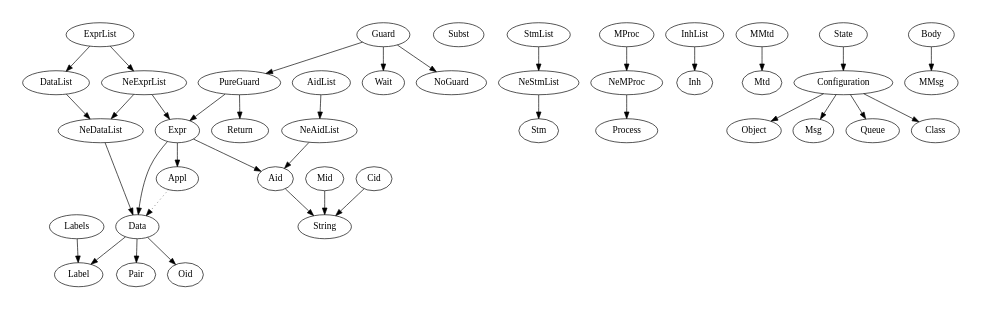
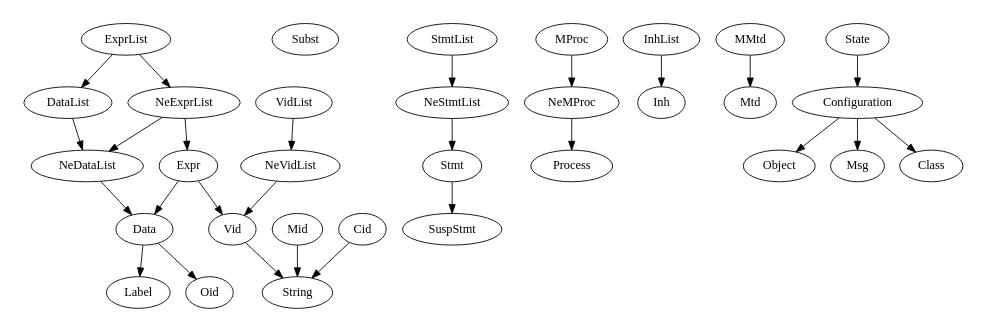
One commit to agriesma/creol_logging changed the diagram in info/sorts.dot. Above: the diagram before and after it, drawn with Graphviz.

Commit message:
Synchronise the sort hierarchy with the actual implementation; many sorts have been removed.

```diff
--- a/info/sorts.dot
+++ b/info/sorts.dot
@@ -1,34 +1,22 @@
 digraph Sorts {
   size="5,8"
   Expr -> Data -> Oid ;
-  Expr -> Appl ;
-  Appl -> Data [style=dotted] ; /* for pre-regularity */
-  Expr -> Aid -> String ;
+  Expr -> Vid -> String ;
   Data -> Label ;
   ExprList -> NeExprList -> Expr ;
   DataList -> NeDataList -> Data ;
   ExprList -> DataList ;
   NeExprList -> NeDataList ;
-  AidList -> NeAidList -> Aid ;
-  Data -> Pair ;
+  VidList -> NeVidList -> Vid ;
   Subst ;
-  PureGuard -> Return ;
-  PureGuard -> Expr ;
-  Guard -> PureGuard ;
-  Guard -> Wait ;
-  Guard -> NoGuard ;
   Mid -> String ;
   Cid -> String ;
-  StmList -> NeStmList -> Stm ;
+  StmtList -> NeStmtList -> Stmt -> SuspStmt ;
   MProc -> NeMProc -> Process ;
   InhList -> Inh ;
   MMtd -> Mtd ;
-  Object ;
-  Labels -> Label ;
-  Body -> MMsg ;
   Configuration -> Object ;
   Configuration -> Msg ;
-  Configuration -> Queue ;
   Configuration -> Class ;
   State -> Configuration ;
 }
```
